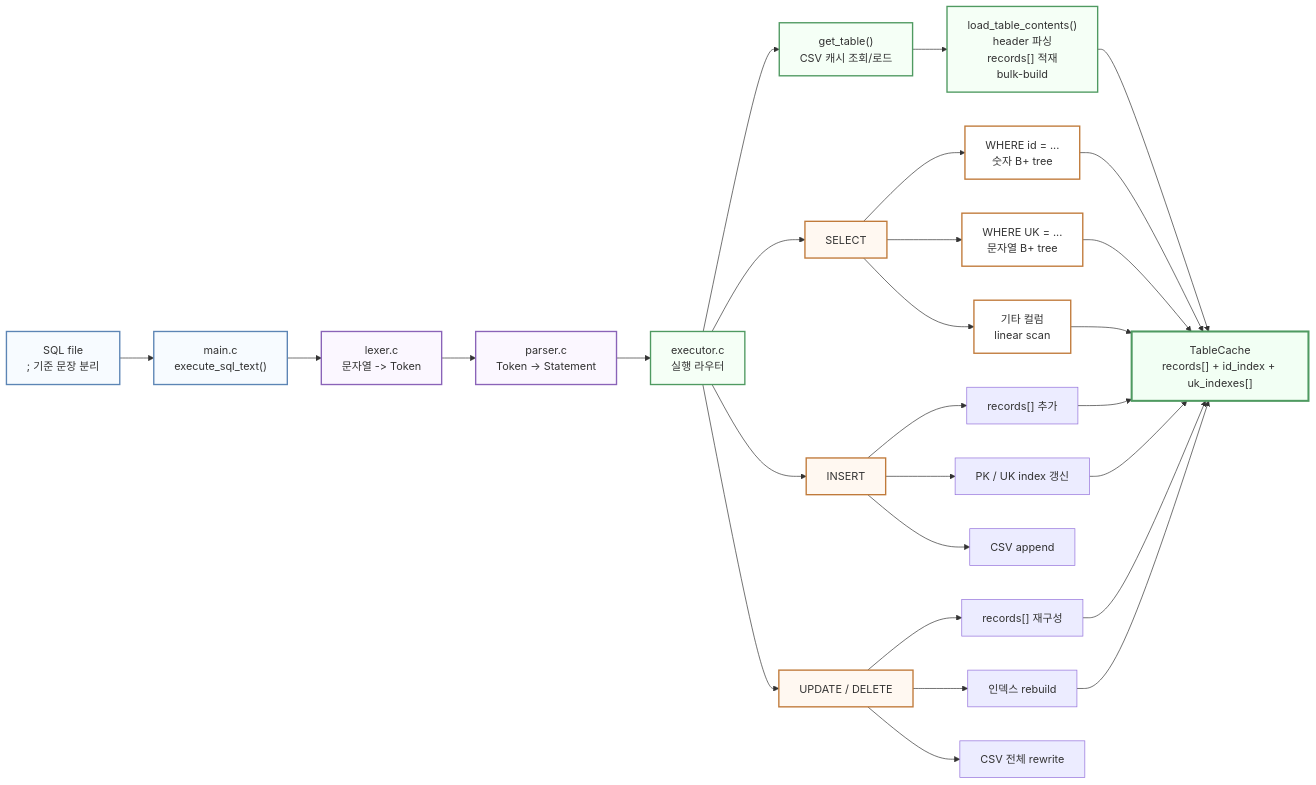
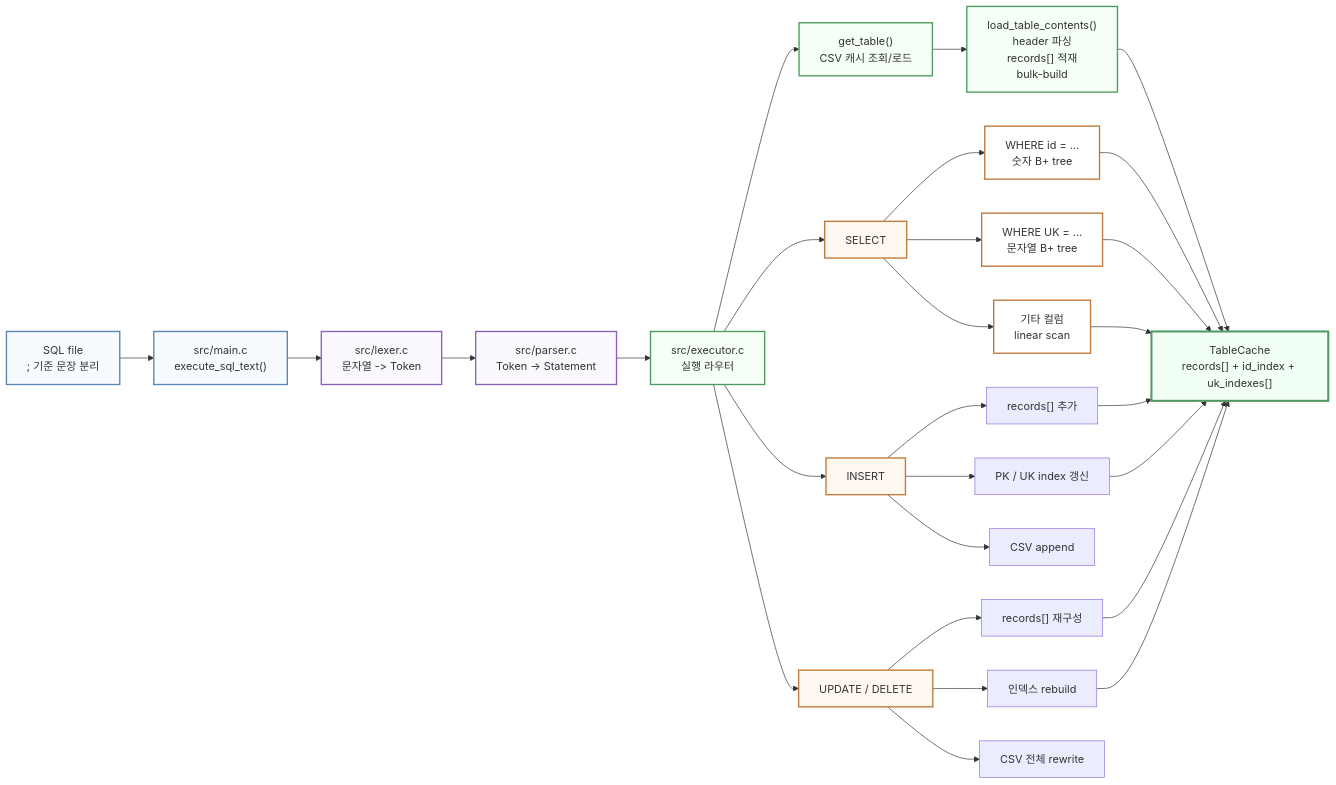
The first of 2 diagrams in docs/FIGJAM_DIAGRAM_DRAFTS_KO.md (NearthYou/SQL3_WednsdayCodingClub), drawn with Mermaid before and after one commit. The commit also changed 34 other files, not shown here.

````diff
--- a/docs/FIGJAM_DIAGRAM_DRAFTS_KO.md
+++ b/docs/FIGJAM_DIAGRAM_DRAFTS_KO.md
@@ -25,50 +25,50 @@
 ```mermaid
 flowchart LR
-    A["SQL file<br/>; 기준 문장 분리"] --> B["main.c<br/>execute_sql_text()"]
-    B --> C["lexer.c<br/>문자열 -> Token"]
-    C --> D["parser.c<br/>Token -> Statement"]
-    D --> E["executor.c<br/>실행 라우터"]
+    A["SQL file<br/>; 기준 문장 분리"] --> B["src/main.c<br/>execute_sql_text()"]
+    B --> C["src/lexer.c<br/>문자열 -> Token"]
+    C --> D["src/parser.c<br/>Token -> Statement"]
+    D --> E["src/executor.c<br/>실행 라우터"]
 
     E --> F["get_table()<br/>CSV 캐시 조회/로드"]
     F --> G["load_table_contents()<br/>header 파싱<br/>records[] 적재<br/>bulk-build"]
 
     E --> H["SELECT"]
     E --> I["INSERT"]
     E --> J["UPDATE / DELETE"]
 
     H --> K["WHERE id = ...<br/>숫자 B+ tree"]
     H --> L["WHERE UK = ...<br/>문자열 B+ tree"]
     H --> M["기타 컬럼<br/>linear scan"]
 
     I --> N["records[] 추가"]
     I --> O["PK / UK index 갱신"]
     I --> P["CSV append"]
 
     J --> Q["records[] 재구성"]
     J --> R["인덱스 rebuild"]
     J --> S["CSV 전체 rewrite"]
 
     G --> T["TableCache<br/>records[] + id_index + uk_indexes[]"]
     K --> T
     L --> T
     M --> T
     N --> T
     O --> T
     Q --> T
     R --> T
 
     style A fill:#F7FBFF,stroke:#5C85B5,stroke-width:2px
     style B fill:#F7FBFF,stroke:#5C85B5,stroke-width:2px
     style C fill:#FBF7FF,stroke:#8A63B8,stroke-width:2px
     style D fill:#FBF7FF,stroke:#8A63B8,stroke-width:2px
     style E fill:#F5FFF6,stroke:#4F9A61,stroke-width:2px
     style F fill:#F5FFF6,stroke:#4F9A61,stroke-width:2px
     style G fill:#F5FFF6,stroke:#4F9A61,stroke-width:2px
     style H fill:#FFF8F1,stroke:#C07A3A,stroke-width:2px
     style I fill:#FFF8F1,stroke:#C07A3A,stroke-width:2px
     style J fill:#FFF8F1,stroke:#C07A3A,stroke-width:2px
     style K fill:#FFFFFF,stroke:#C07A3A,stroke-width:2px
     style L fill:#FFFFFF,stroke:#C07A3A,stroke-width:2px
     style M fill:#FFFFFF,stroke:#C07A3A,stroke-width:2px
     style T fill:#F2FFF4,stroke:#4F9A61,stroke-width:3px
 ```
````
